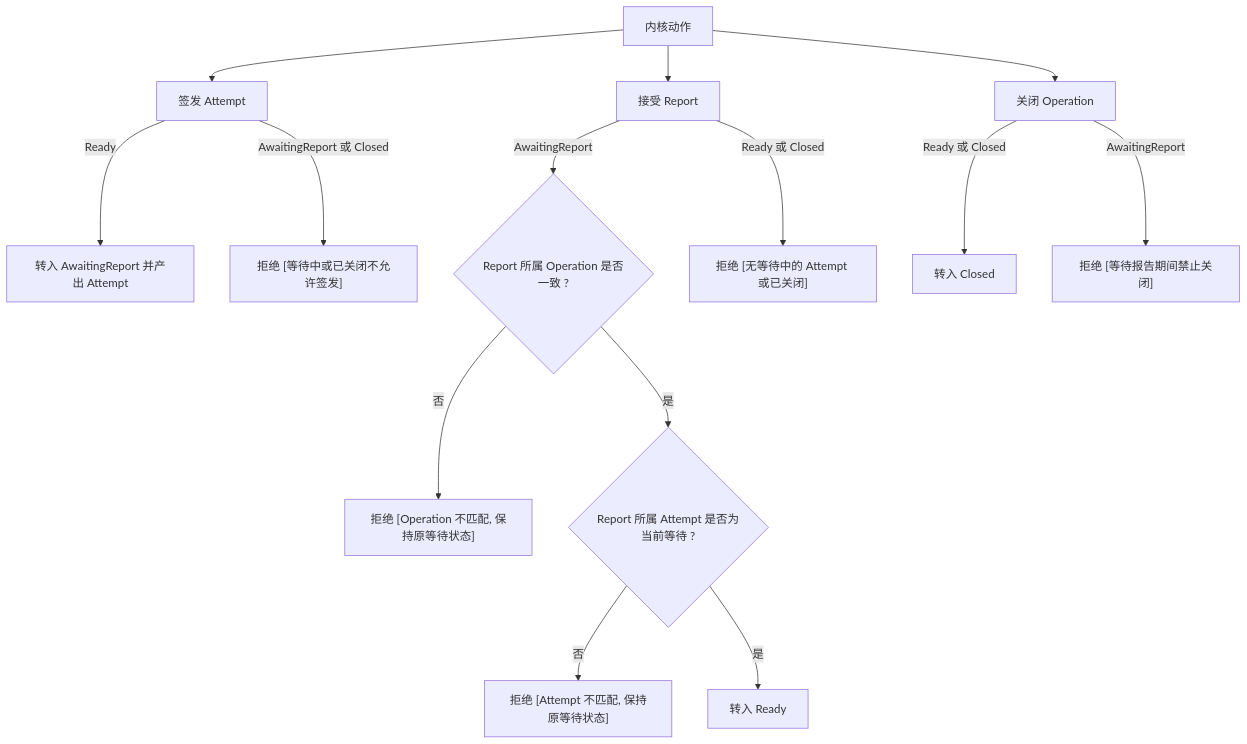
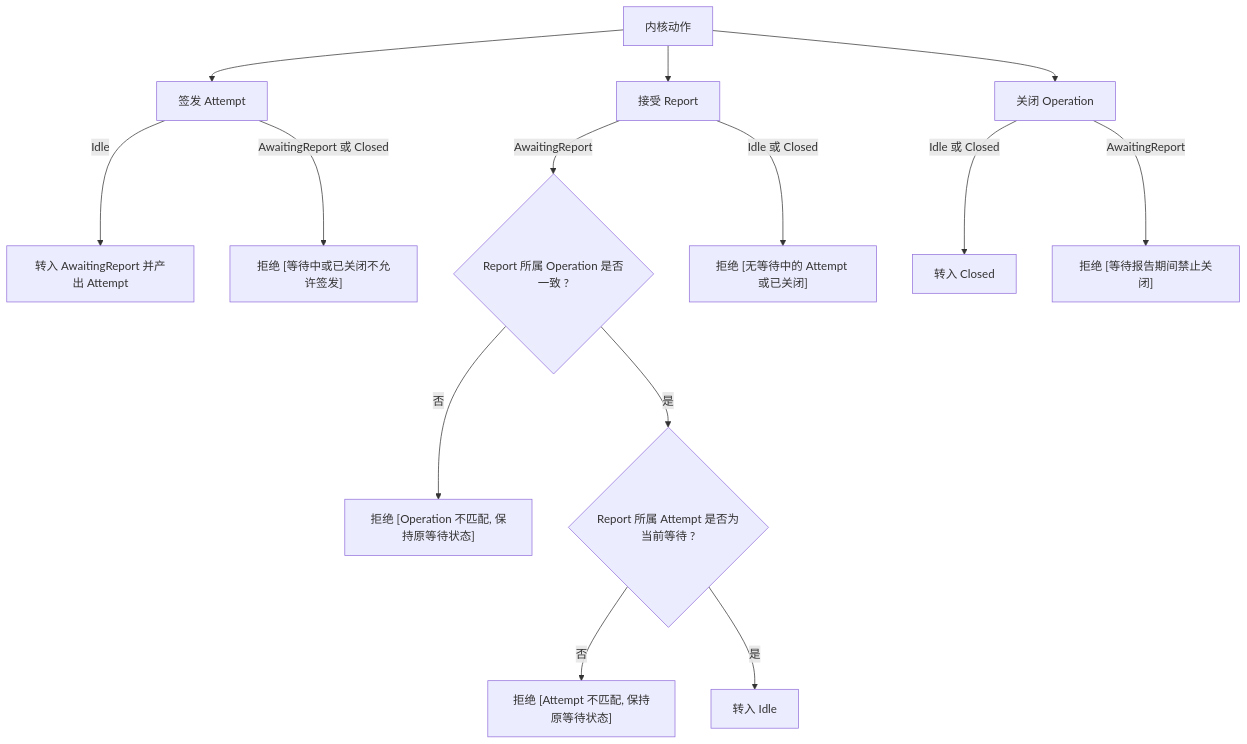
One commit to Everfold/Beamlet changed the second of 2 diagrams in spec/01-kernel.md. Above: the diagram before and after it, drawn with Mermaid. The commit also changed other lines of this file and 19 other files, not shown here.

````diff
--- a/spec/01-kernel.md
+++ b/spec/01-kernel.md
@@ -27,19 +27,19 @@
 ```mermaid
 flowchart TD
     Act["内核动作"] --> C["签发 Attempt"]
     Act --> A["接受 Report"]
     Act --> Cl["关闭 Operation"]
 
-    C -->|"Ready"| C1["转入 AwaitingReport 并产出 Attempt"]
+    C -->|"Idle"| C1["转入 AwaitingReport 并产出 Attempt"]
     C -->|"AwaitingReport 或 Closed"| C2["拒绝 [等待中或已关闭不允许签发]"]
 
     A -->|"AwaitingReport"| A1{"Report 所属 Operation 是否一致 ?"}
     A1 -->|"否"| AE1["拒绝 [Operation 不匹配, 保持原等待状态]"]
     A1 -->|"是"| A2{"Report 所属 Attempt 是否为当前等待 ?"}
     A2 -->|"否"| AE2["拒绝 [Attempt 不匹配, 保持原等待状态]"]
-    A2 -->|"是"| AOK["转入 Ready"]
-    A -->|"Ready 或 Closed"| AE3["拒绝 [无等待中的 Attempt 或已关闭]"]
+    A2 -->|"是"| AOK["转入 Idle"]
+    A -->|"Idle 或 Closed"| AE3["拒绝 [无等待中的 Attempt 或已关闭]"]
 
-    Cl -->|"Ready 或 Closed"| Cl1["转入 Closed"]
+    Cl -->|"Idle 或 Closed"| Cl1["转入 Closed"]
     Cl -->|"AwaitingReport"| Cl2["拒绝 [等待报告期间禁止关闭]"]
 ```
````
